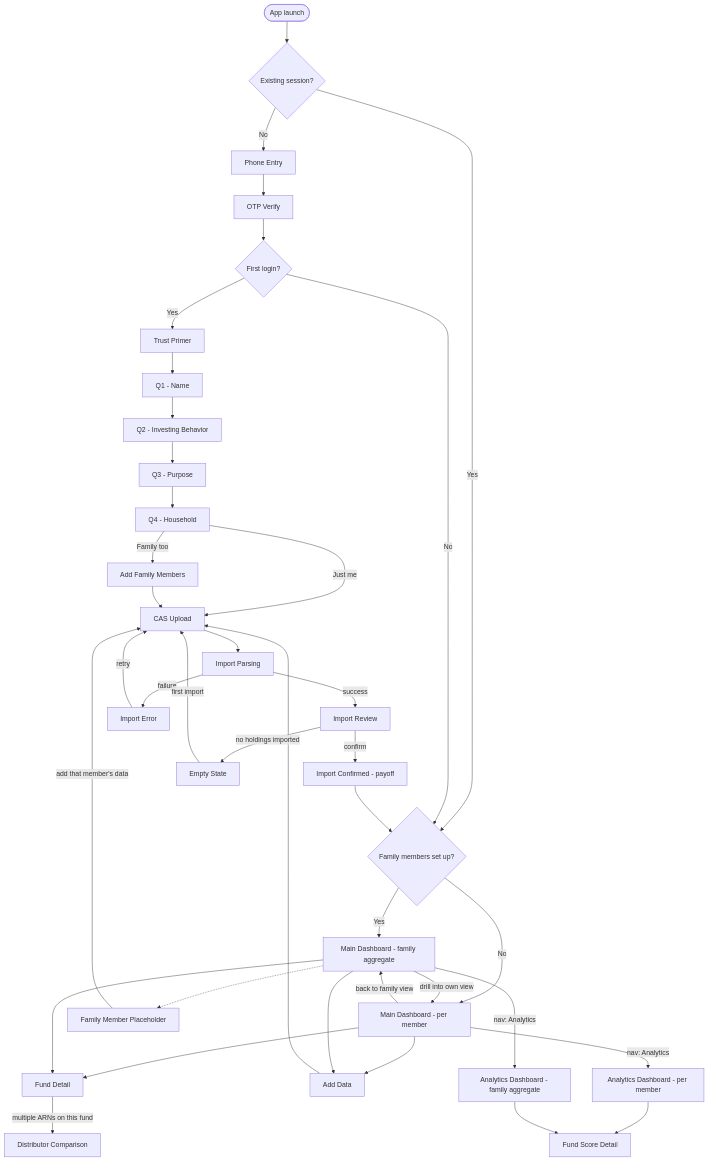
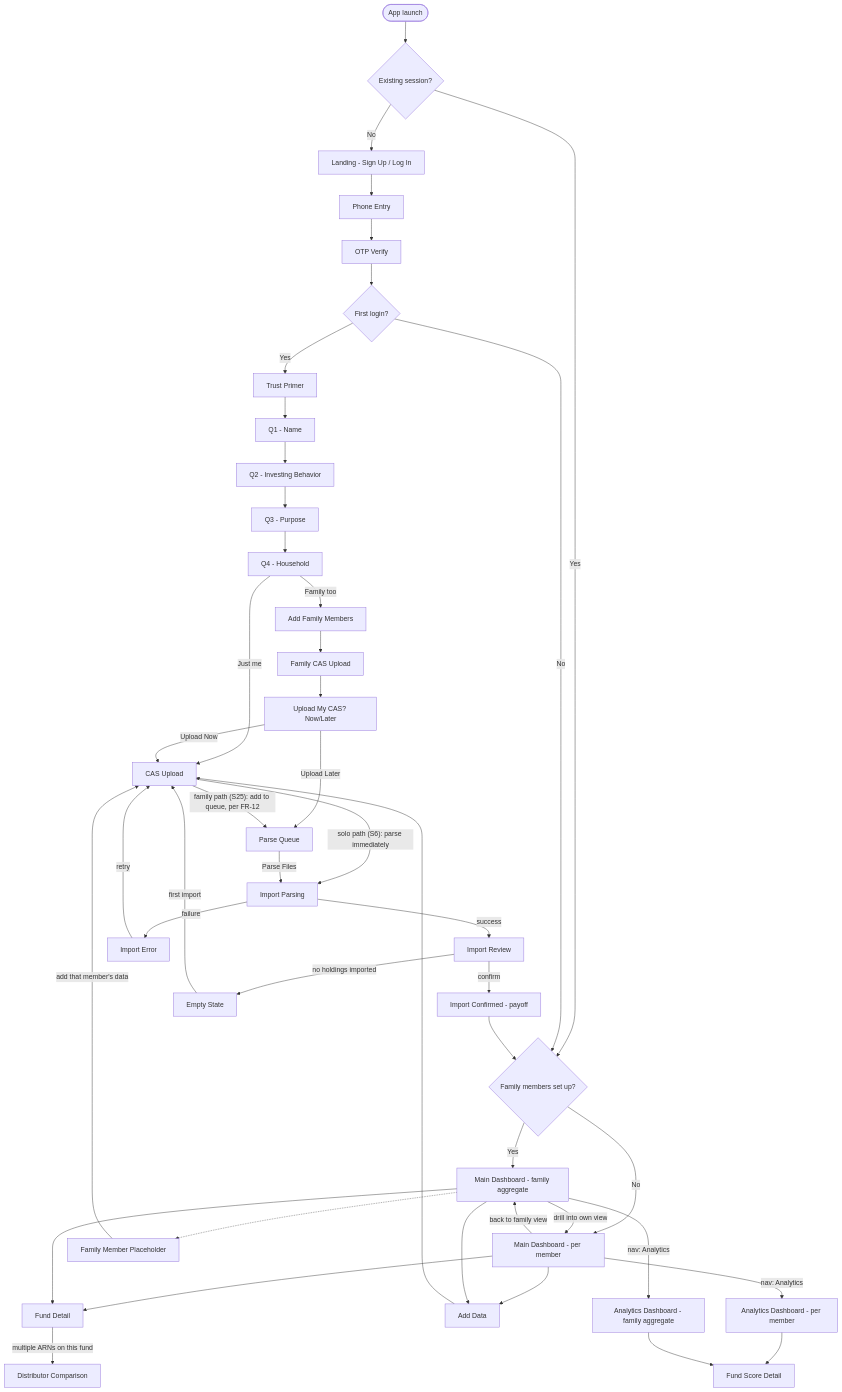
The first of 4 diagrams in Docs/PRDs/App-Flow-Unifolio.md (ayushkarnawat/MVP_V1_MF_only), drawn with Mermaid before and after one commit. The commit also changed other lines of this file and 2 other files, not shown here.

First line of the commit message:
docs: add Family CAS Upload flow + landing screen (PRD-02 v1.3, App-Flow v1.2)

````diff
--- a/Docs/PRDs/App-Flow-Unifolio.md
+++ b/Docs/PRDs/App-Flow-Unifolio.md
@@ -52,48 +56,54 @@
 ```mermaid
 %% Top-level navigation: first-time signup through ongoing use
 flowchart TD
     Start(["App launch"]) --> HasSession{"Existing session?"}
-    HasSession -- No --> S0["Phone Entry"]
+    HasSession -- No --> S23["Landing - Sign Up / Log In"]
     HasSession -- Yes --> HasFamily{"Family members set up?"}
     HasFamily -- Yes --> S14["Main Dashboard - family aggregate"]
     HasFamily -- No --> S13["Main Dashboard - per member"]
 
+    S23 --> S0["Phone Entry"]
     S0 --> S1["OTP Verify"]
     S1 --> FirstLogin{"First login?"}
     FirstLogin -- Yes --> S2["Trust Primer"]
     FirstLogin -- No --> HasFamily
 
     S2 --> S3["Q1 - Name"]
     S3 --> S4["Q2 - Investing Behavior"]
     S4 --> S5["Q3 - Purpose"]
     S5 --> S6["Q4 - Household"]
     S6 -- "Just me" --> S8["CAS Upload"]
     S6 -- "Family too" --> S7["Add Family Members"]
-    S7 --> S8
+    S7 --> S24["Family CAS Upload"]
+    S24 --> S25["Upload My CAS? Now/Later"]
+    S25 -- "Upload Now" --> S8
+    S25 -- "Upload Later" --> S26["Parse Queue"]
 
-    S8 --> S9["Import Parsing"]
+    S8 -- "solo path (S6): parse immediately" --> S9["Import Parsing"]
+    S8 -- "family path (S25): add to queue, per FR-12" --> S26
+    S26 -- "Parse Files" --> S9
     S9 -- success --> S10["Import Review"]
     S9 -- failure --> S11["Import Error"]
     S11 -- retry --> S8
     S10 -- confirm --> S12["Import Confirmed - payoff"]
     S10 -- "no holdings imported" --> S21["Empty State"]
     S12 --> HasFamily
 
     S14 -- "drill into own view" --> S13
     S13 -- "back to family view" --> S14
     S13 --> S15["Fund Detail"]
     S14 --> S15
     S13 --> S16["Add Data"]
     S14 --> S16
     S16 --> S8
     S15 -- "multiple ARNs on this fund" --> S17["Distributor Comparison"]
 
     S13 -- "nav: Analytics" --> S18["Analytics Dashboard - per member"]
     S14 -- "nav: Analytics" --> S19["Analytics Dashboard - family aggregate"]
     S18 --> S20["Fund Score Detail"]
     S19 --> S20
 
     S21 -- "first import" --> S8
     S14 -.-> S22["Family Member Placeholder"]
     S22 -- "add that member's data" --> S8
 ```
````
